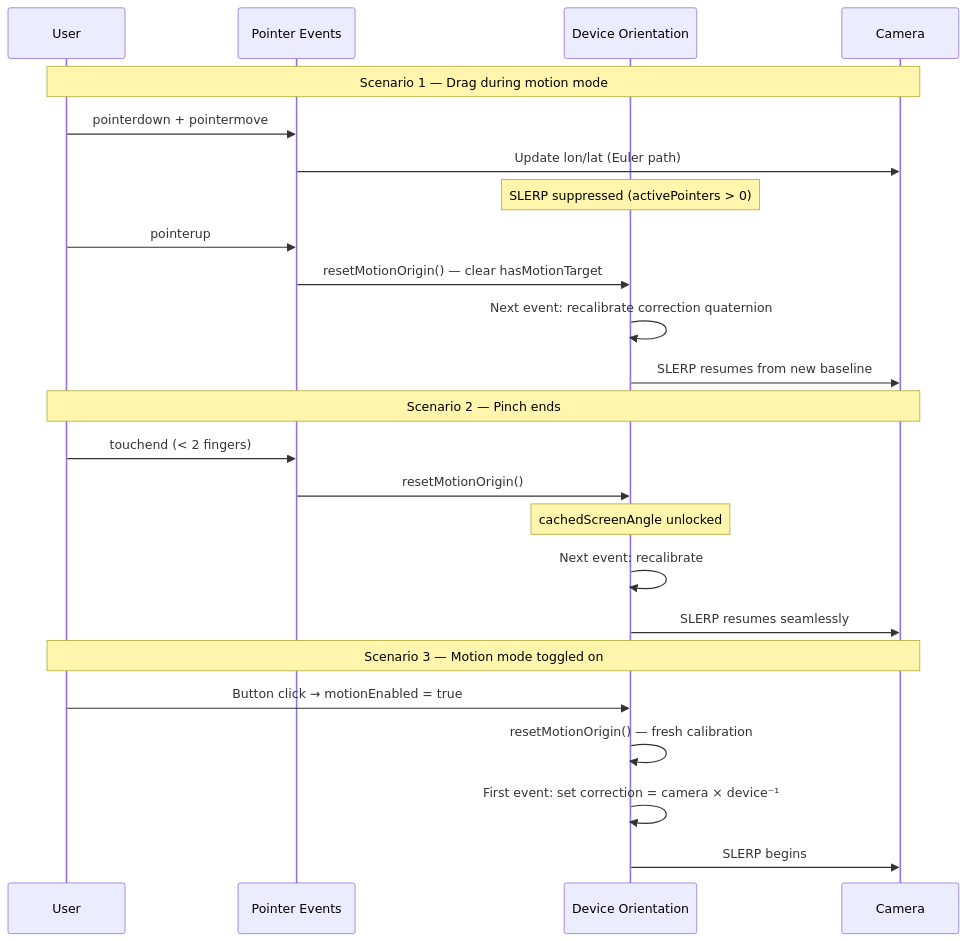
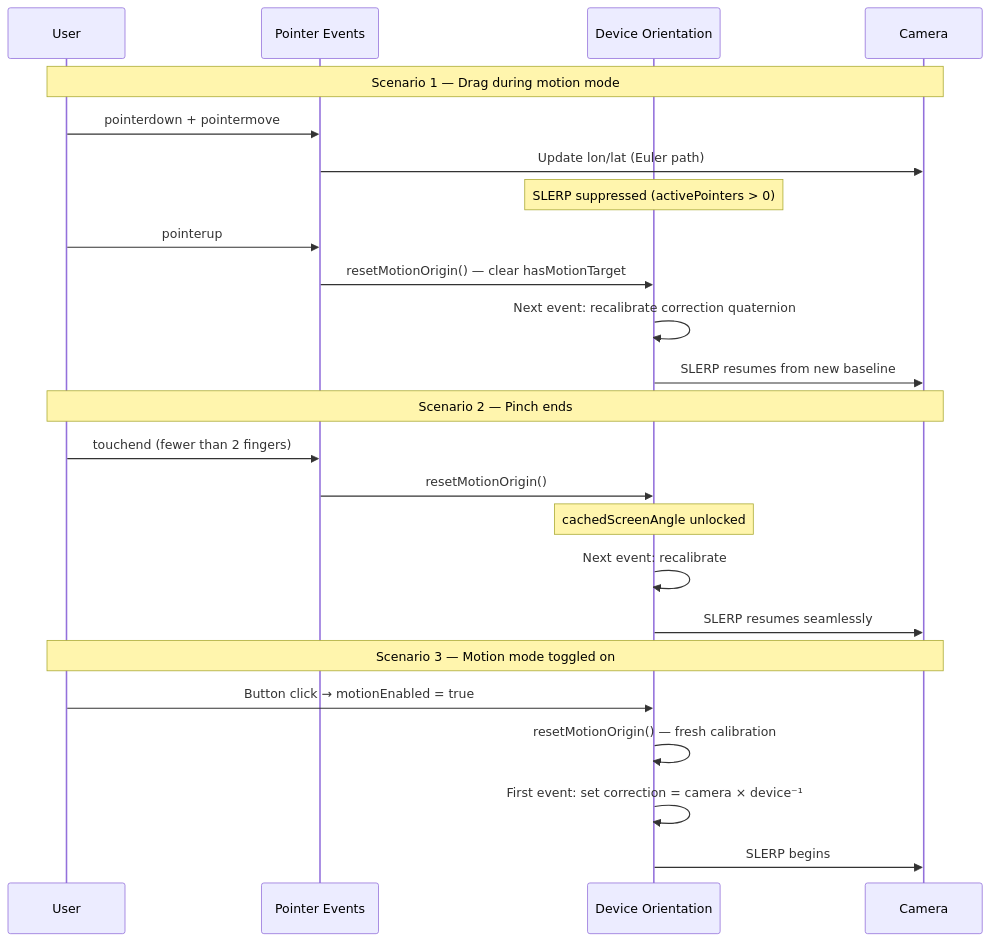
One commit to arklnd/arklnd.github.io changed the fifth of 11 diagrams in src/content/posts/panorama-viewer-webgl-geometry-and-motion.md. Above: the diagram before and after it, drawn with Mermaid. The commit also changed other lines of this file, not shown here.

Commit message:
fix: improve clarity in interaction diagrams and state descriptions

````diff
--- a/src/content/posts/panorama-viewer-webgl-geometry-and-motion.md
+++ b/src/content/posts/panorama-viewer-webgl-geometry-and-motion.md
@@ -608,29 +608,29 @@
 ```mermaid
 sequenceDiagram
     participant User
     participant Pointer as Pointer Events
     participant Gyro as Device Orientation
     participant Cam as Camera
 
     Note over User,Cam: Scenario 1 — Drag during motion mode
     User->>Pointer: pointerdown + pointermove
     Pointer->>Cam: Update lon/lat (Euler path)
     Note over Gyro: SLERP suppressed (activePointers > 0)
     User->>Pointer: pointerup
     Pointer->>Gyro: resetMotionOrigin() — clear hasMotionTarget
     Gyro->>Gyro: Next event: recalibrate correction quaternion
     Gyro->>Cam: SLERP resumes from new baseline
 
     Note over User,Cam: Scenario 2 — Pinch ends
-    User->>Pointer: touchend (< 2 fingers)
+    User->>Pointer: touchend (fewer than 2 fingers)
     Pointer->>Gyro: resetMotionOrigin()
     Note over Gyro: cachedScreenAngle unlocked
     Gyro->>Gyro: Next event: recalibrate
     Gyro->>Cam: SLERP resumes seamlessly
 
     Note over User,Cam: Scenario 3 — Motion mode toggled on
     User->>Gyro: Button click → motionEnabled = true
     Gyro->>Gyro: resetMotionOrigin() — fresh calibration
     Gyro->>Gyro: First event: set correction = camera × device⁻¹
     Gyro->>Cam: SLERP begins
 ```
````
